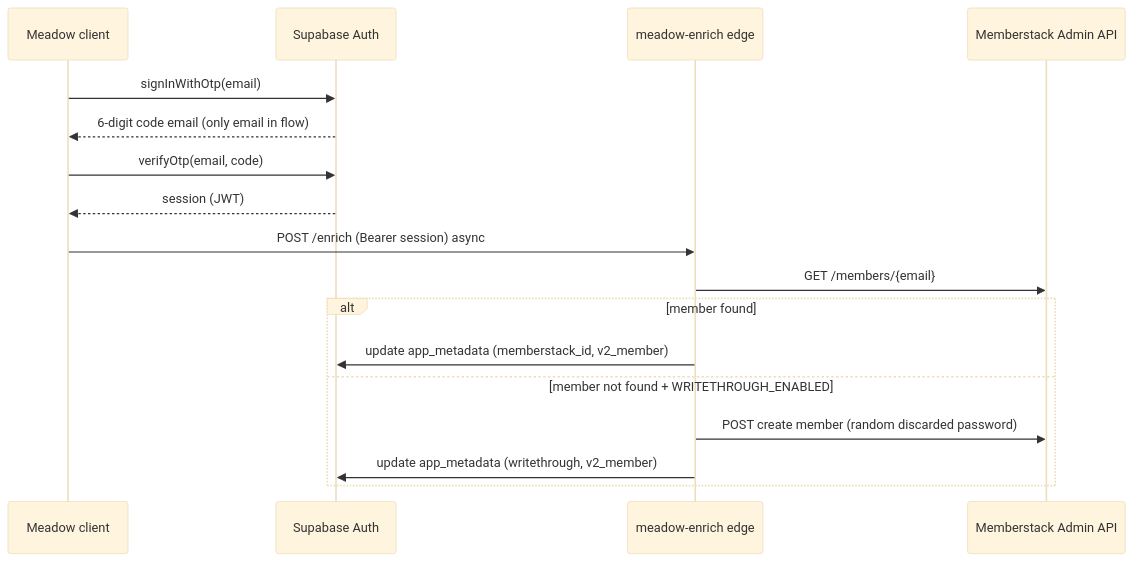
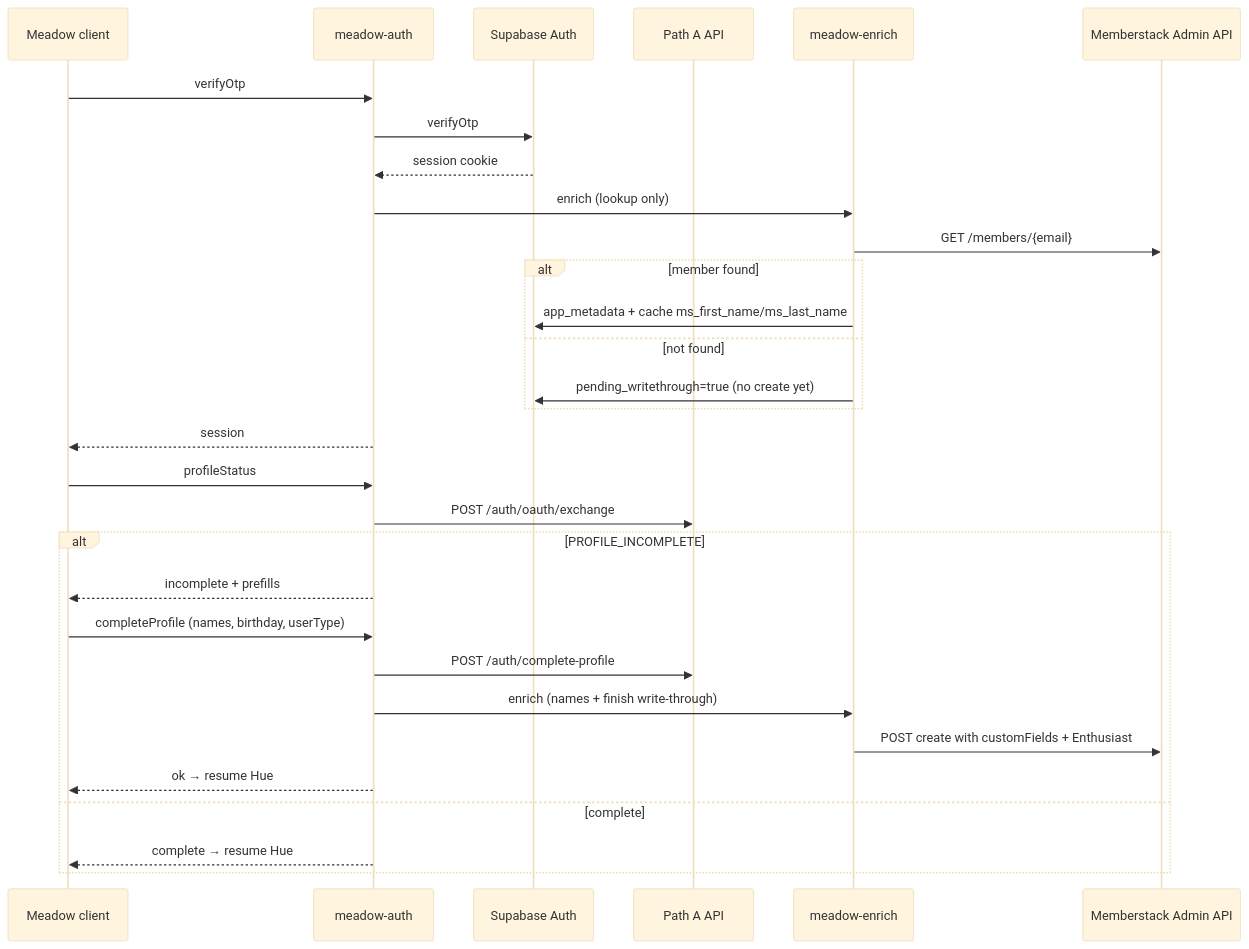
Before and after one commit to jqsirls/false-earth: the diagram in docs/MEADOW_IDENTITY_BACKEND_ASK.md, drawn with Mermaid (base theme). The commit also changed other lines of this file and 4 other files, not shown here.

First line of the commit message:
feat(meadow): in-modal post-OTP profile for Hue eligibility

````diff
--- a/docs/MEADOW_IDENTITY_BACKEND_ASK.md
+++ b/docs/MEADOW_IDENTITY_BACKEND_ASK.md
@@ -26,20 +26,33 @@
 ```mermaid
 sequenceDiagram
   participant M as Meadow client
+  participant A as meadow-auth
   participant S as Supabase Auth
-  participant E as meadow-enrich edge
+  participant P as Path A API
+  participant E as meadow-enrich
   participant MS as Memberstack Admin API
 
-  M->>S: signInWithOtp(email)
-  S-->>M: 6-digit code email (only email in flow)
-  M->>S: verifyOtp(email, code)
-  S-->>M: session (JWT)
-  M->>E: POST /enrich (Bearer session) async
+  M->>A: verifyOtp
+  A->>S: verifyOtp
+  S-->>A: session cookie
+  A->>E: enrich (lookup only)
   E->>MS: GET /members/{email}
   alt member found
-    E->>S: update app_metadata (memberstack_id, v2_member)
-  else member not found + WRITETHROUGH_ENABLED
-    E->>MS: POST create member (random discarded password)
-    E->>S: update app_metadata (writethrough, v2_member)
+    E->>S: app_metadata + cache ms_first_name/ms_last_name
+  else not found
+    E->>S: pending_writethrough=true (no create yet)
+  end
+  A-->>M: session
+  M->>A: profileStatus
+  A->>P: POST /auth/oauth/exchange
+  alt PROFILE_INCOMPLETE
+    A-->>M: incomplete + prefills
+    M->>A: completeProfile (names, birthday, userType)
+    A->>P: POST /auth/complete-profile
+    A->>E: enrich (names + finish write-through)
+    E->>MS: POST create with customFields + Enthusiast
+    A-->>M: ok → resume Hue
+  else complete
+    A-->>M: complete → resume Hue
   end
 ```
````
